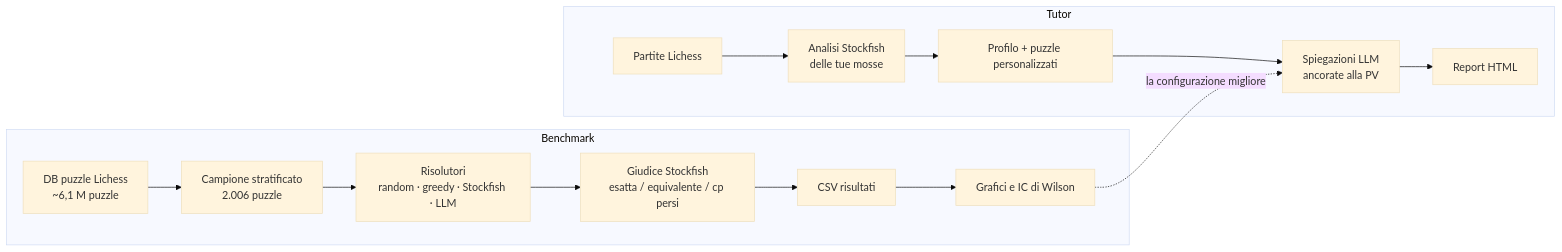
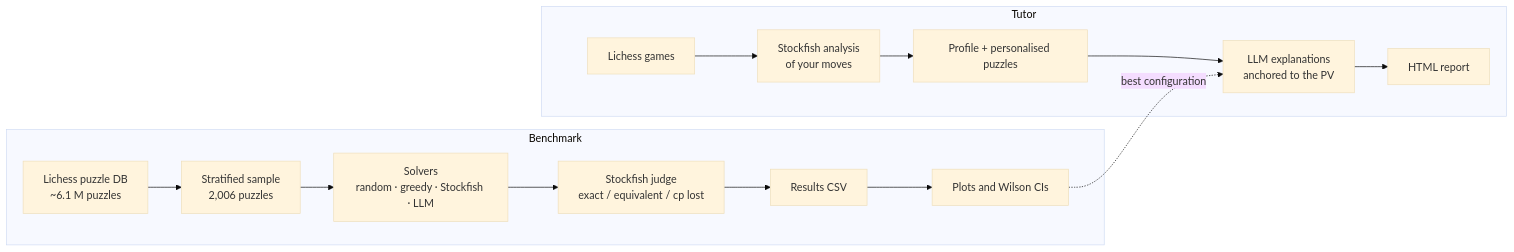
One commit to frabanfo/chess-llm-tutor changed the diagram in README.md. Above: the diagram before and after it, drawn with Mermaid (base theme). The commit also changed other lines of this file, not shown here.

````diff
--- a/README.md
+++ b/README.md
@@ -106,16 +101,16 @@
 ```mermaid
 flowchart LR
     subgraph Benchmark
-        A[DB puzzle Lichess<br/>~6,1 M puzzle] --> B[Campione stratificato<br/>2.006 puzzle]
-        B --> C[Risolutori<br/>random · greedy · Stockfish · LLM]
-        C --> D[Giudice Stockfish<br/>esatta / equivalente / cp persi]
-        D --> E[CSV risultati] --> F[Grafici e IC di Wilson]
+        A[Lichess puzzle DB<br/>~6.1 M puzzles] --> B[Stratified sample<br/>2,006 puzzles]
+        B --> C[Solvers<br/>random · greedy · Stockfish · LLM]
+        C --> D[Stockfish judge<br/>exact / equivalent / cp lost]
+        D --> E[Results CSV] --> F[Plots and Wilson CIs]
     end
     subgraph Tutor
-        G[Partite Lichess] --> H[Analisi Stockfish<br/>delle tue mosse]
-        H --> I[Profilo + puzzle personalizzati]
-        I --> J[Spiegazioni LLM<br/>ancorate alla PV]
-        J --> K[Report HTML]
+        G[Lichess games] --> H[Stockfish analysis<br/>of your moves]
+        H --> I[Profile + personalised puzzles]
+        I --> J[LLM explanations<br/>anchored to the PV]
+        J --> K[HTML report]
     end
-    F -. la configurazione migliore .-> J
+    F -. best configuration .-> J
 ```
````
